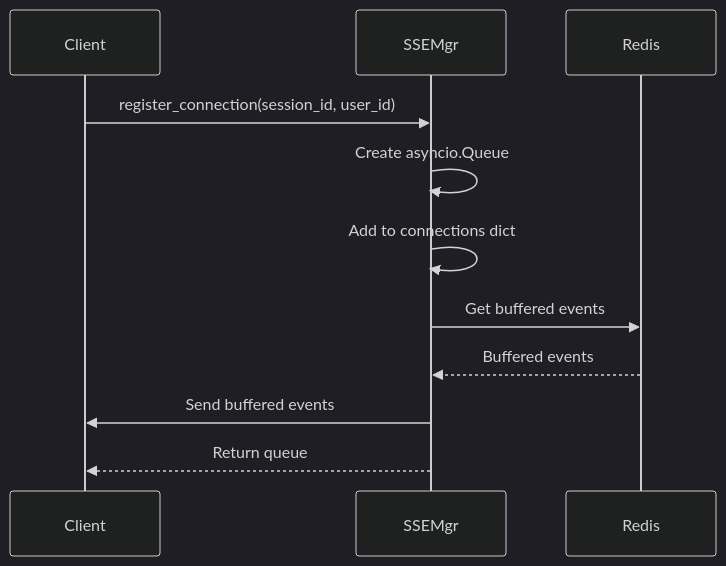
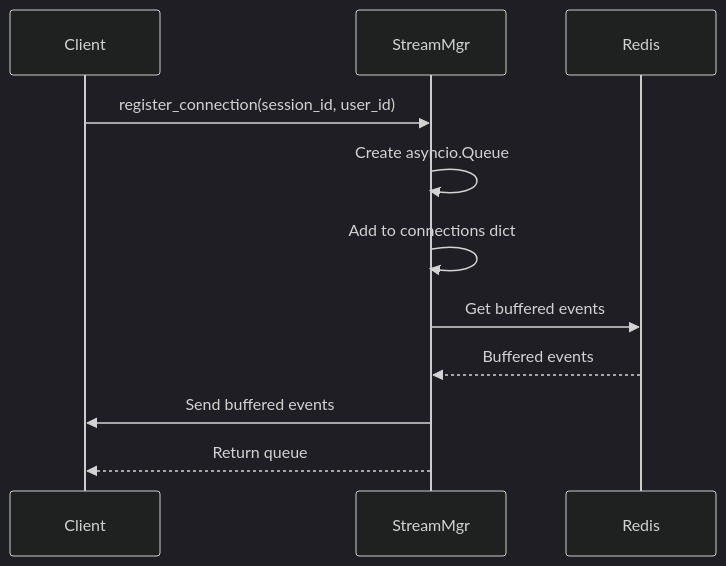
One commit to pese-git/codelab-core-service changed diagram 11 of 13 in doc/architecture/component-details.md. Above: the diagram before and after it, drawn with Mermaid (dark theme). The commit also changed other lines of this file and 6 other files, not shown here.

````diff
--- a/doc/architecture/component-details.md
+++ b/doc/architecture/component-details.md
@@ -566,14 +577,14 @@
 ```mermaid
 sequenceDiagram
     participant Client
-    participant SSEMgr
+    participant StreamMgr
     participant Redis
     
-    Client->>SSEMgr: register_connection(session_id, user_id)
-    SSEMgr->>SSEMgr: Create asyncio.Queue
-    SSEMgr->>SSEMgr: Add to connections dict
-    SSEMgr->>Redis: Get buffered events
-    Redis-->>SSEMgr: Buffered events
-    SSEMgr->>Client: Send buffered events
-    SSEMgr-->>Client: Return queue
+    Client->>StreamMgr: register_connection(session_id, user_id)
+    StreamMgr->>StreamMgr: Create asyncio.Queue
+    StreamMgr->>StreamMgr: Add to connections dict
+    StreamMgr->>Redis: Get buffered events
+    Redis-->>StreamMgr: Buffered events
+    StreamMgr->>Client: Send buffered events
+    StreamMgr-->>Client: Return queue
 ```
````
